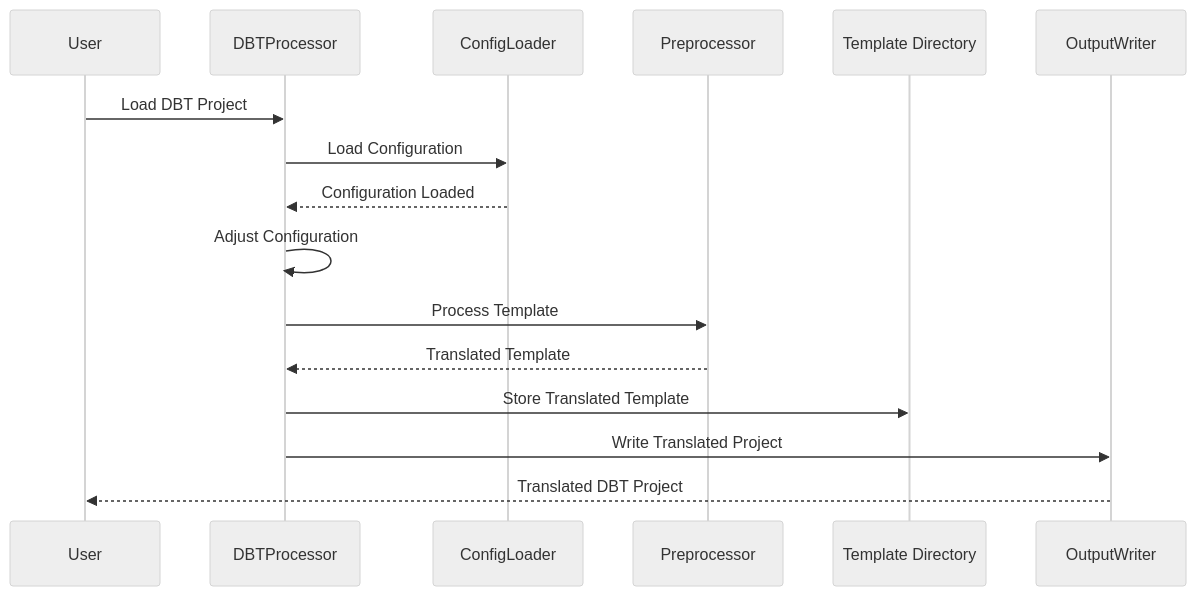
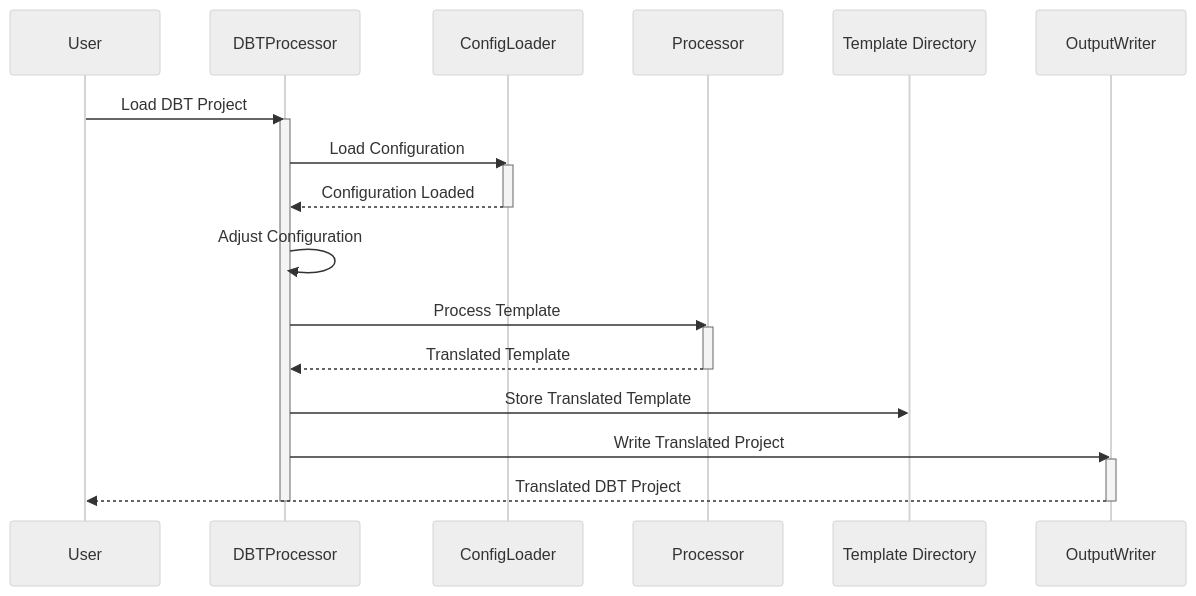
Before and after one commit to databrickslabs/remorph: the fourth of 4 diagrams in core/src/main/scala/com/databricks/labs/remorph/preprocessor/README.md, drawn with Mermaid (neutral theme).

Commit message:
Adds closing activity blocks to sequence diagram

````diff
--- a/core/src/main/scala/com/databricks/labs/remorph/preprocessor/README.md
+++ b/core/src/main/scala/com/databricks/labs/remorph/preprocessor/README.md
@@ -322,19 +322,27 @@
 ```mermaid
 sequenceDiagram
     participant User
     participant DBTProcessor
     participant ConfigLoader
-    participant Preprocessor
+    participant Processor
     participant Template Directory
     participant OutputWriter
 
     User->>DBTProcessor: Load DBT Project
+    activate DBTProcessor
     DBTProcessor->>ConfigLoader: Load Configuration
+    activate ConfigLoader
     ConfigLoader-->>DBTProcessor: Configuration Loaded
+    deactivate ConfigLoader
     DBTProcessor->>DBTProcessor: Adjust Configuration
-    DBTProcessor->>Preprocessor: Process Template
-    Preprocessor-->>DBTProcessor: Translated Template
+    DBTProcessor->>Processor: Process Template
+    activate Processor
+    Processor-->>DBTProcessor: Translated Template
+    deactivate Processor
     DBTProcessor->>Template Directory: Store Translated Template
     DBTProcessor->>OutputWriter: Write Translated Project
+    activate OutputWriter
     OutputWriter-->>User: Translated DBT Project
+    deactivate OutputWriter
+    deactivate DBTProcessor
 ```
````
